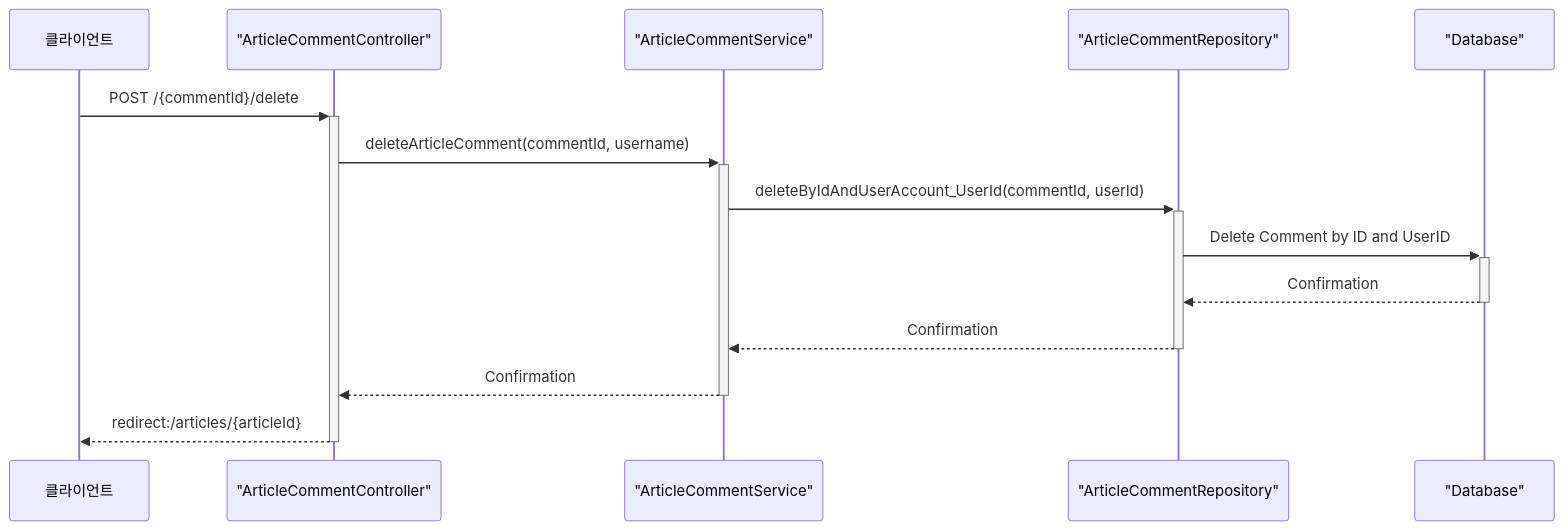
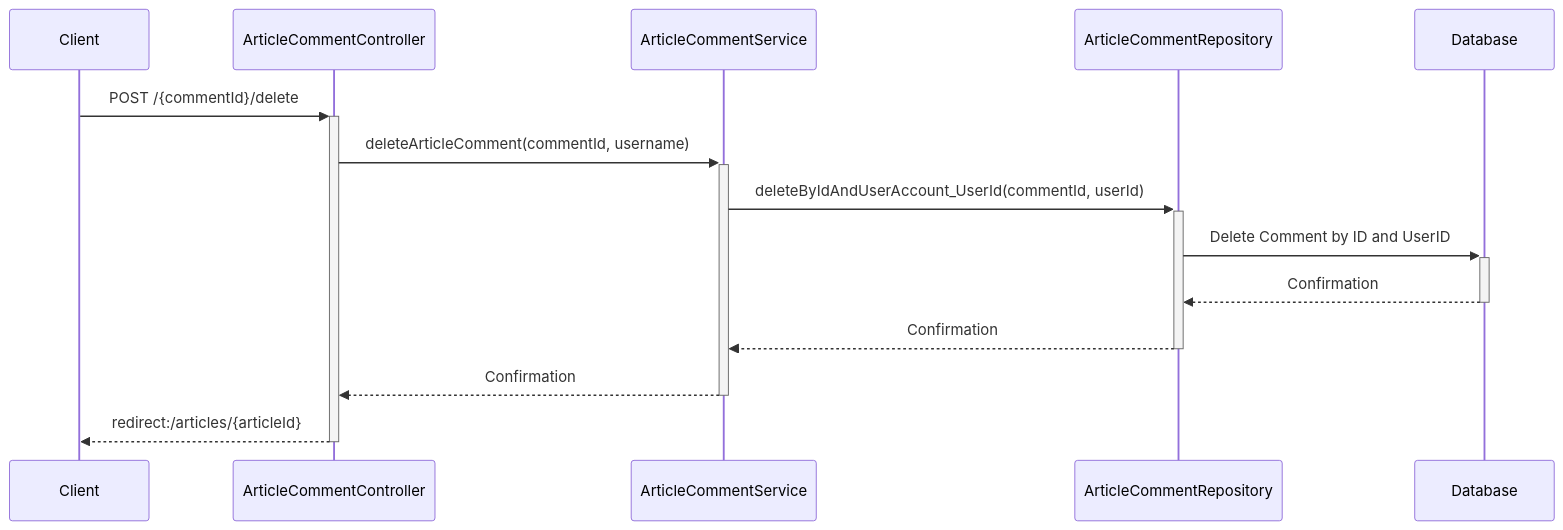
One commit to flyingRKO/study-project changed the ninth of 9 diagrams in README.md. Above: the diagram before and after it, drawn with Mermaid. The commit also changed other lines of this file, not shown here.

````diff
--- a/README.md
+++ b/README.md
@@ -289,17 +279,17 @@
 ```mermaid
 sequenceDiagram
-    participant 클라이언트
-    participant 컨트롤러 as "ArticleCommentController"
-    participant 아티클코멘트서비스 as "ArticleCommentService"
-    participant 아티클코멘트리포지토리 as "ArticleCommentRepository"
-    participant 데이터베이스 as "Database"
+    participant 클라이언트 as Client
+    participant 컨트롤러 as ArticleCommentController
+    participant 아티클코멘트서비스 as ArticleCommentService
+    participant 아티클코멘트리포지토리 as ArticleCommentRepository
+    participant 데이터베이스 as Database
 
     클라이언트->>+컨트롤러: POST /{commentId}/delete
     컨트롤러->>+아티클코멘트서비스: deleteArticleComment(commentId, username)
     아티클코멘트서비스->>+아티클코멘트리포지토리: deleteByIdAndUserAccount_UserId(commentId, userId)
     아티클코멘트리포지토리->>+데이터베이스: Delete Comment by ID and UserID
     데이터베이스-->>-아티클코멘트리포지토리: Confirmation
     아티클코멘트리포지토리-->>-아티클코멘트서비스: Confirmation
     아티클코멘트서비스-->>-컨트롤러: Confirmation
     컨트롤러-->>-클라이언트: redirect:/articles/{articleId}
 ```
````
